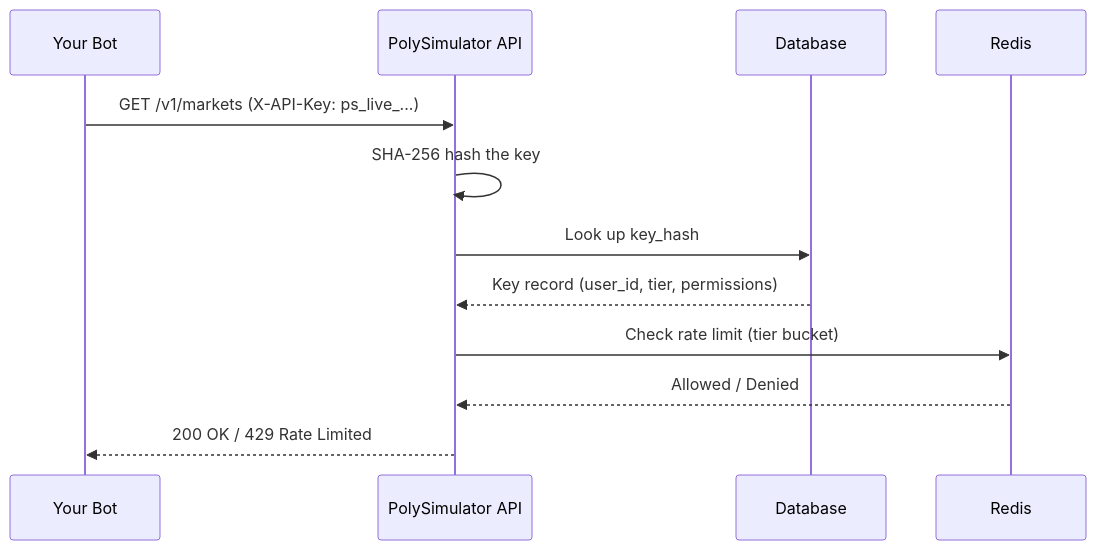
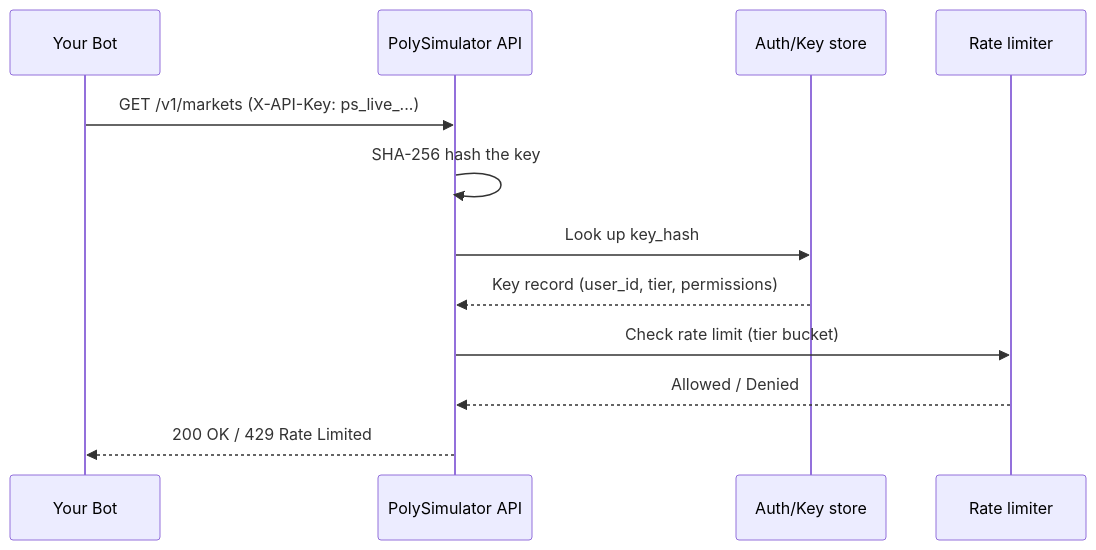
Before and after one commit to Bavariance/polysimulator-docs: the diagram in authentication.mdx, drawn with Mermaid. The commit also changed other lines of this file and 39 other files, not shown here.

````diff
--- a/authentication.mdx
+++ b/authentication.mdx
@@ -98,15 +98,15 @@
 ```mermaid
 sequenceDiagram
     participant Bot as Your Bot
     participant API as PolySimulator API
-    participant DB as Database
-    participant Redis as Redis
+    participant Store as Auth/Key store
+    participant Limiter as Rate limiter
 
     Bot->>API: GET /v1/markets (X-API-Key: ps_live_...)
     API->>API: SHA-256 hash the key
-    API->>DB: Look up key_hash
-    DB-->>API: Key record (user_id, tier, permissions)
-    API->>Redis: Check rate limit (tier bucket)
-    Redis-->>API: Allowed / Denied
+    API->>Store: Look up key_hash
+    Store-->>API: Key record (user_id, tier, permissions)
+    API->>Limiter: Check rate limit (tier bucket)
+    Limiter-->>API: Allowed / Denied
     API-->>Bot: 200 OK / 429 Rate Limited
 ```
````
